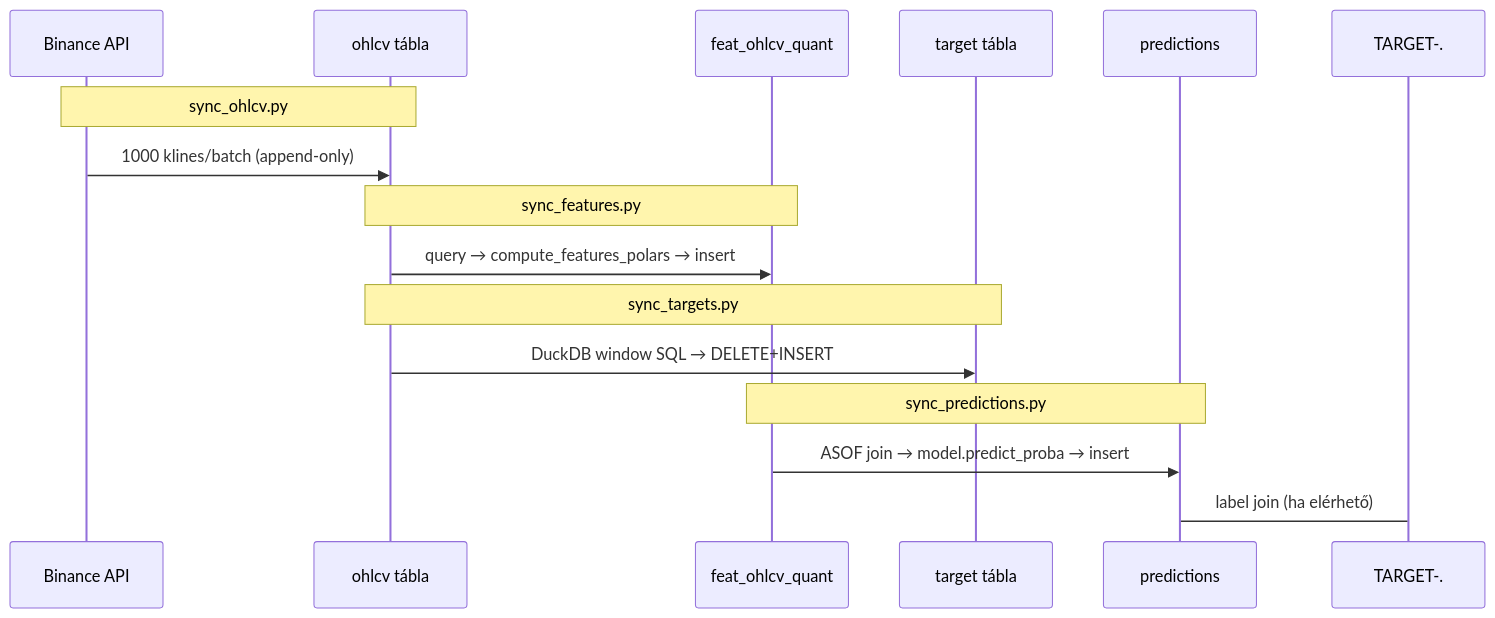
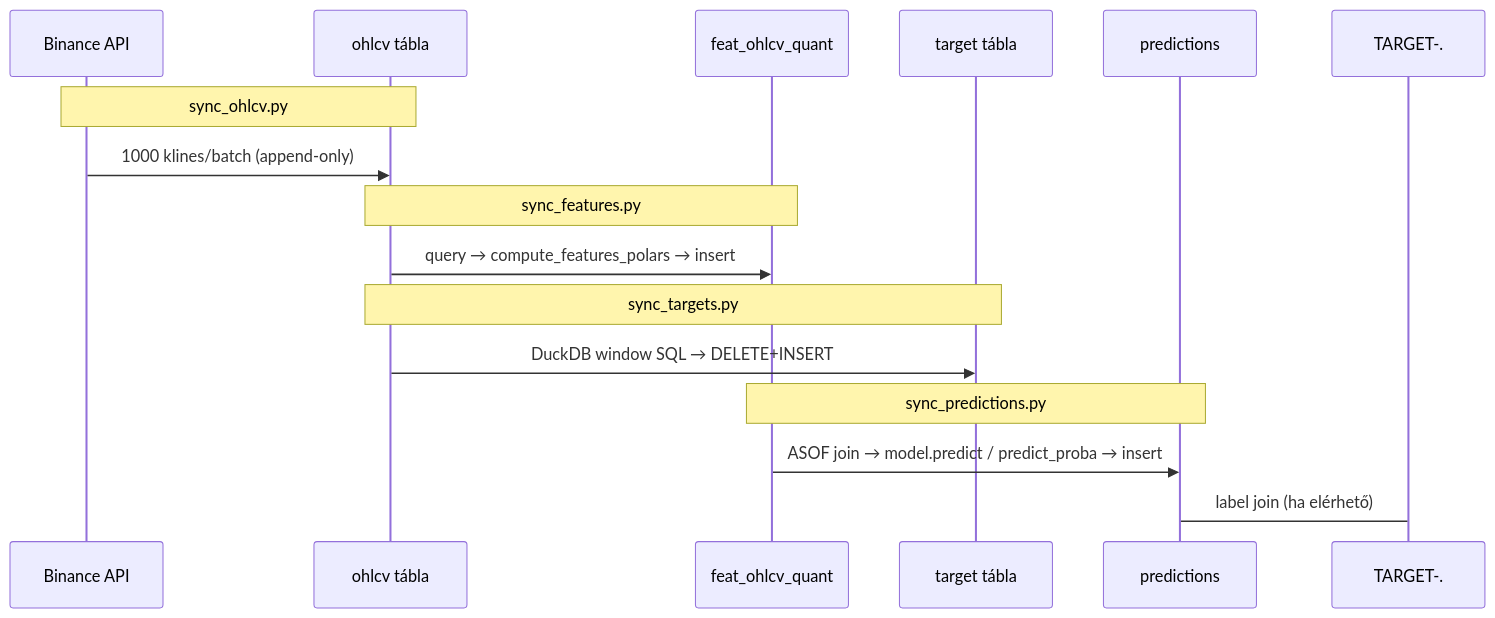
The first of 3 diagrams in _doc_/1200_sync_tables.md (Nemesis14/chronoquant), drawn with Mermaid before and after one commit. The commit also changed 973 other files, not shown here.

````diff
--- a/_doc_/1200_sync_tables.md
+++ b/_doc_/1200_sync_tables.md
@@ -9,21 +9,21 @@
 ```mermaid
 sequenceDiagram
     participant BIN as Binance API
     participant OHLCV as ohlcv tábla
     participant FEAT as feat_ohlcv_quant
     participant TARGET as target tábla
     participant PRED as predictions
 
     Note over BIN,OHLCV: sync_ohlcv.py
     BIN->>OHLCV: 1000 klines/batch (append-only)
 
     Note over OHLCV,FEAT: sync_features.py
     OHLCV->>FEAT: query → compute_features_polars → insert
 
     Note over OHLCV,TARGET: sync_targets.py
     OHLCV->>TARGET: DuckDB window SQL → DELETE+INSERT
 
     Note over FEAT,PRED: sync_predictions.py
-    FEAT->>PRED: ASOF join → model.predict_proba → insert
+    FEAT->>PRED: ASOF join → model.predict / predict_proba → insert
     TARGET-.->PRED: label join (ha elérhető)
 ```
````
